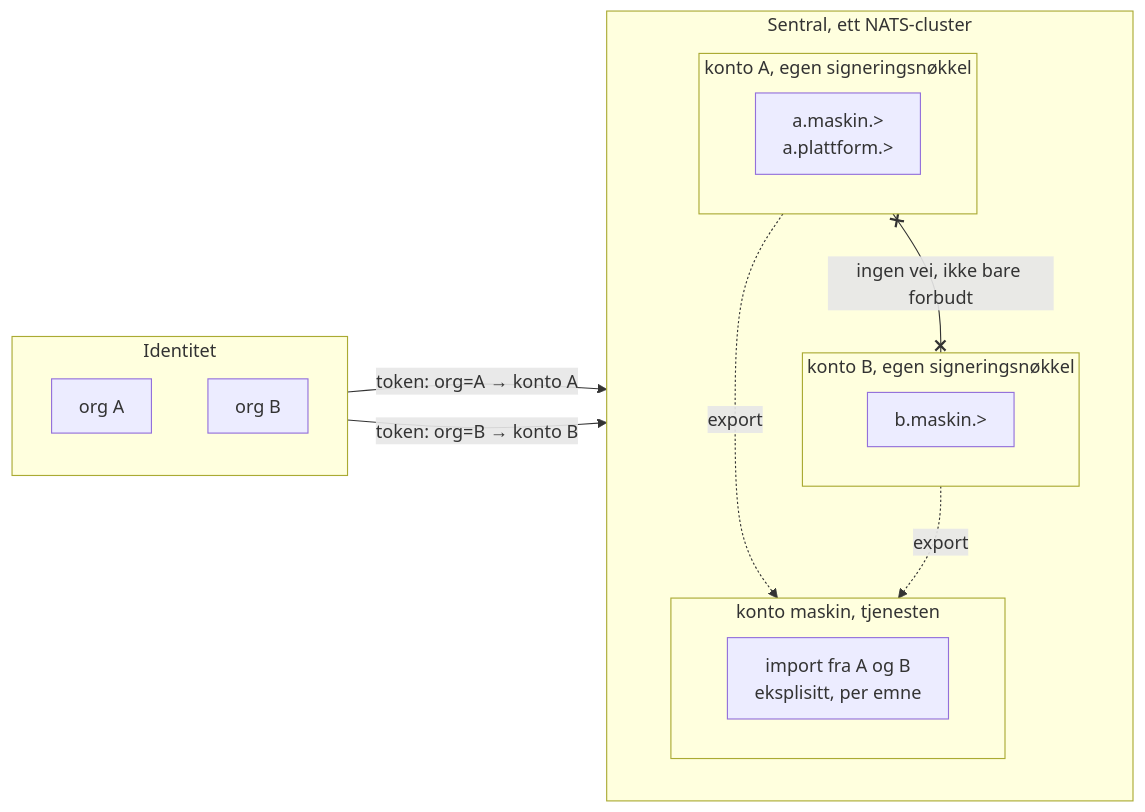
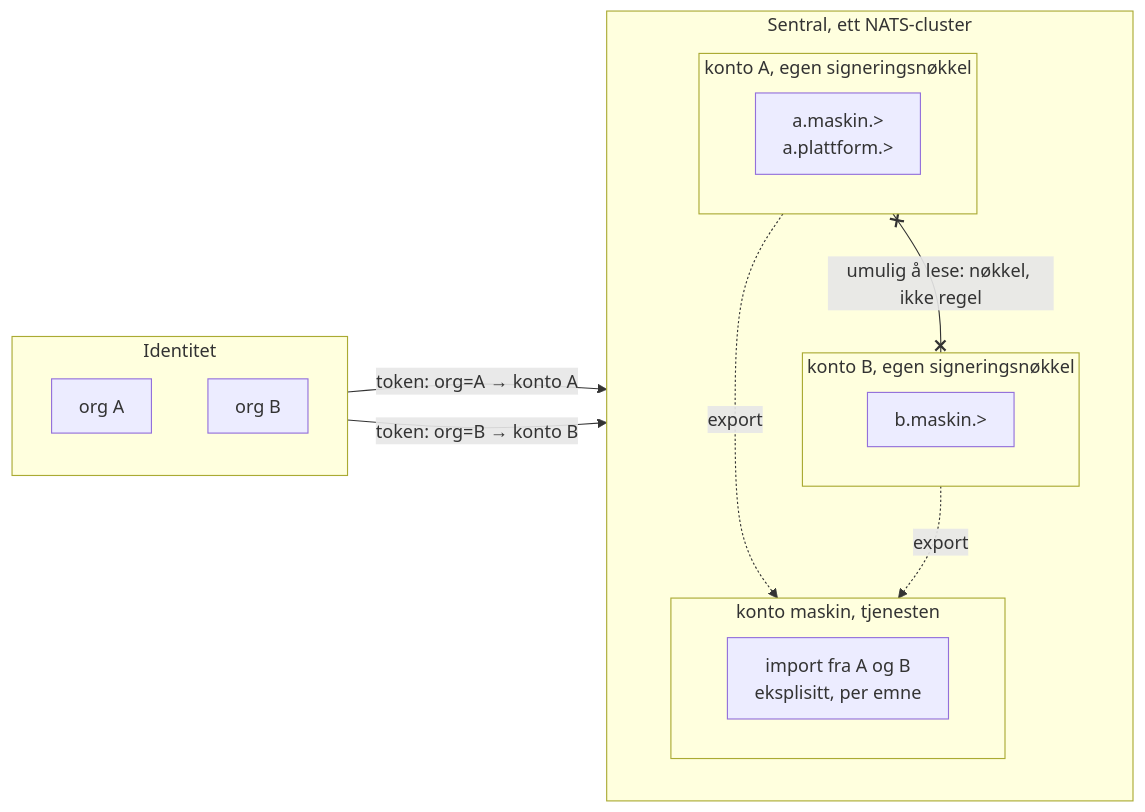
The third of 7 diagrams in docs/arrangement/2026-10-14-containerkonferansen/foredrag.md (dataverket-org/org), drawn with Mermaid before and after one commit. The commit also changed other lines of this file and 9 other files, not shown here.

````diff
--- a/docs/arrangement/2026-10-14-containerkonferansen/foredrag.md
+++ b/docs/arrangement/2026-10-14-containerkonferansen/foredrag.md
@@ -136,26 +223,26 @@
 ```mermaid
 %%{init: {"handDrawnSeed": 1, "fontFamily": "Helvetica, Arial, sans-serif", "flowchart": {"htmlLabels": true, "padding": 12}}}%%
 flowchart LR
   subgraph Z["Identitet"]
     direction TB
     OA["org A"]
     OB["org B"]
   end
   subgraph N["Sentral, ett NATS-cluster"]
     direction TB
     subgraph KA["konto A, egen signeringsnøkkel"]
       SA["a.maskin.&gt;<br/>a.plattform.&gt;"]
     end
     subgraph KB["konto B, egen signeringsnøkkel"]
       SB["b.maskin.&gt;"]
     end
     subgraph KM["konto maskin, tjenesten"]
       SM["import fra A og B<br/>eksplisitt, per emne"]
     end
   end
   OA -- "token: org=A → konto A" --> KA
   OB -- "token: org=B → konto B" --> KB
-  KA x-- "ingen vei, ikke bare forbudt" --x KB
+  KA x-- "umulig å lese: nøkkel, ikke regel" --x KB
   KA -. export .-> KM
   KB -. export .-> KM
 ```
````
